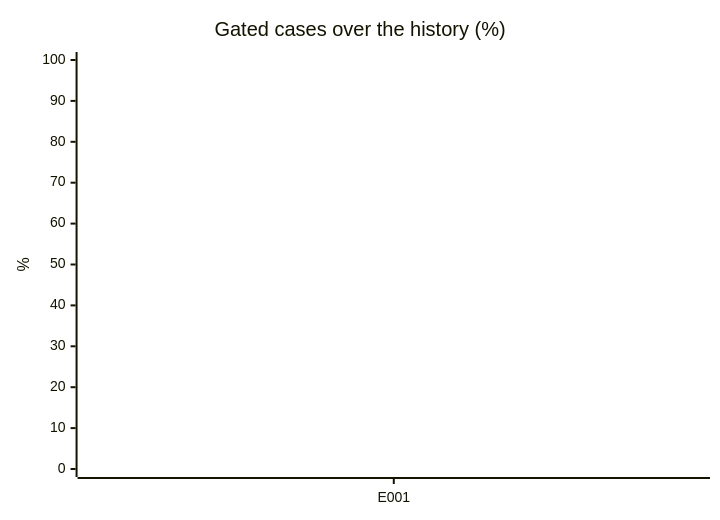
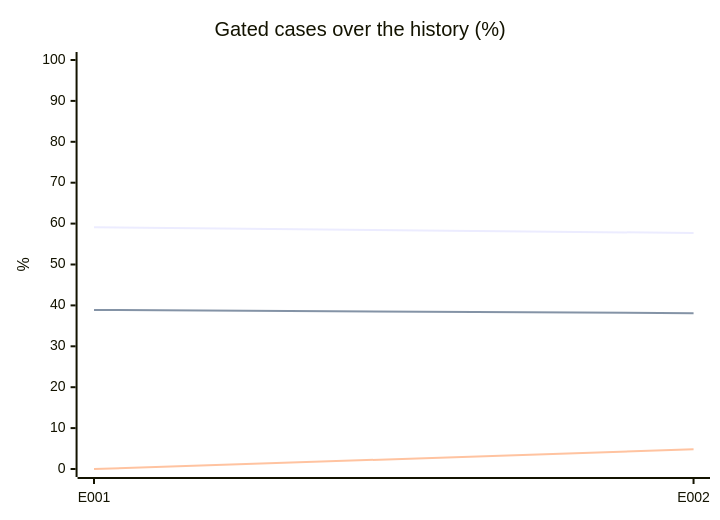
One commit to acarbonellb/anti-fraud-agent changed the diagram in evals/report.md. Above: the diagram before and after it, drawn with Mermaid. The commit also changed other lines of this file and 65 other files, not shown here.

````diff
--- a/evals/report.md
+++ b/evals/report.md
@@ -36,9 +37,9 @@
 ```mermaid
 xychart-beta
   title "Gated cases over the history (%)"
-  x-axis [E001]
+  x-axis [E001, E002]
   y-axis "%" 0 --> 100
-  line [59.1]
-  line [38.9]
-  line [0]
+  line [59.1, 57.7]
+  line [38.9, 38.1]
+  line [0, 4.8]
 ```
````
